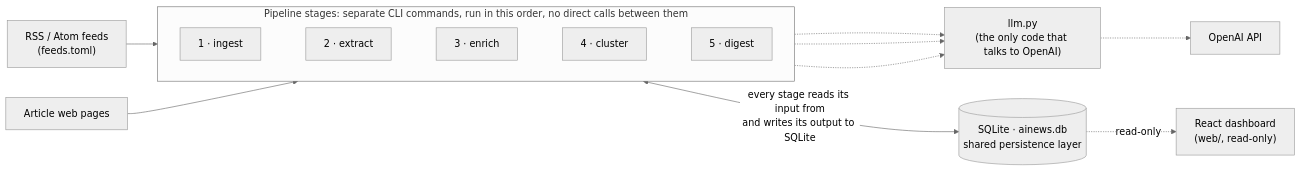
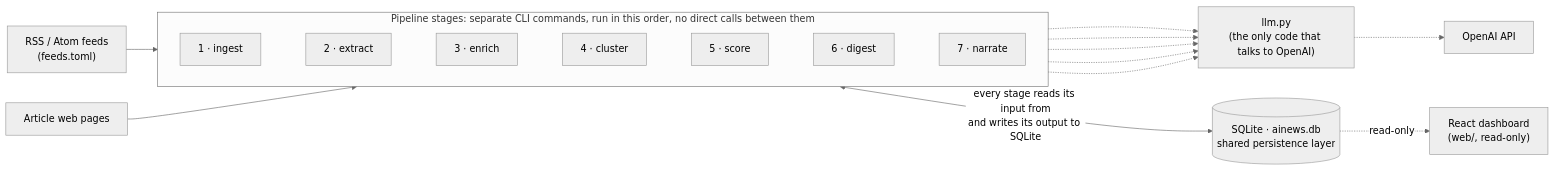
The first of 2 diagrams in README.md (notrealjulia/daily-ai-news), drawn with Mermaid (neutral theme) before and after one commit. The commit also changed other lines of this file and 14 other files, not shown here.

````diff
--- a/README.md
+++ b/README.md
@@ -10,22 +10,22 @@
 ```mermaid
 flowchart LR
     RSS["RSS / Atom feeds<br/>(feeds.toml)"]
     WEB["Article web pages"]
     OAI["OpenAI API"]
 
     subgraph STAGES["Pipeline stages: separate CLI commands, run in this order, no direct calls between them"]
         direction LR
-        ING["1 · ingest"] ~~~ EXT["2 · extract"] ~~~ ENR["3 · enrich"] ~~~ CLU["4 · cluster"] ~~~ DIG["5 · digest"]
+        ING["1 · ingest"] ~~~ EXT["2 · extract"] ~~~ ENR["3 · enrich"] ~~~ CLU["4 · cluster"] ~~~ SCO["5 · score"] ~~~ DIG["6 · digest"] ~~~ NAR["7 · narrate"]
     end
 
     LLM["llm.py<br/>(the only code that talks to OpenAI)"]
     DB[("SQLite · ainews.db<br/>shared persistence layer")]
     UI["React dashboard<br/>(web/, read-only)"]
 
     RSS --> ING
     WEB --> EXT
-    ENR & CLU & DIG -.-> LLM
+    ENR & CLU & SCO & DIG & NAR -.-> LLM
     LLM -.-> OAI
     STAGES <-->|"every stage reads its input from<br/>and writes its output to SQLite"| DB
     DB -.->|"read-only"| UI
 ```
````
